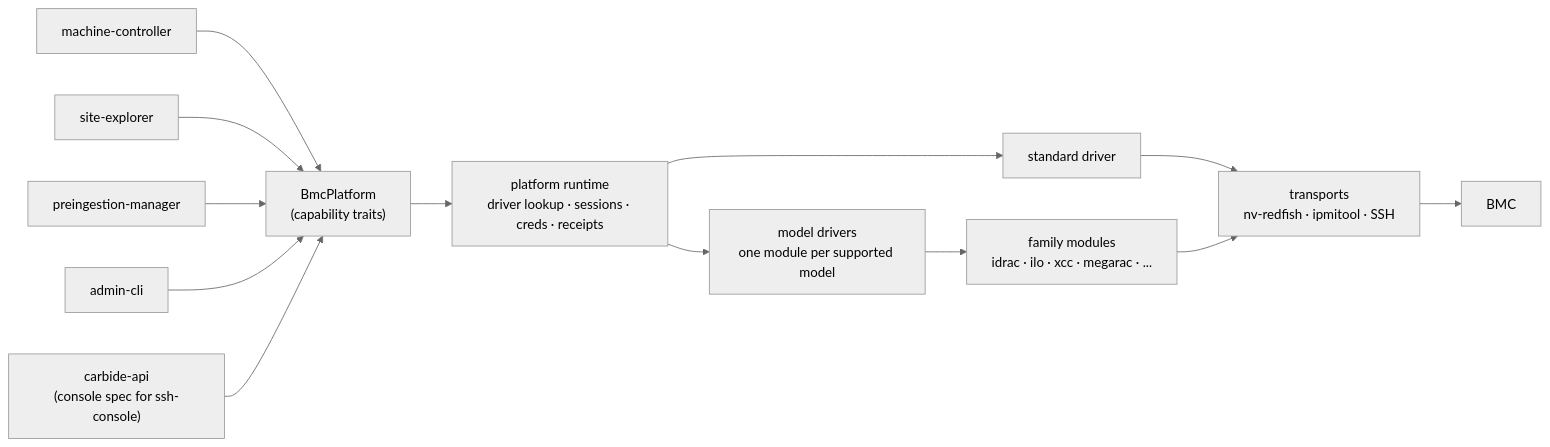
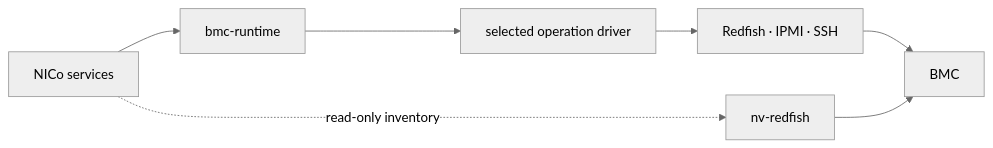
Before and after one commit to NVIDIA/bare-metal-manager-core: the first of 2 diagrams in docs/design/bmc-driver-platform.md, drawn with Mermaid (neutral theme). The commit also changed other lines of this file, not shown here.

````diff
--- a/docs/design/bmc-driver-platform.md
+++ b/docs/design/bmc-driver-platform.md
@@ -104,15 +23,9 @@
 ```mermaid
 flowchart LR
-    MC["machine-controller"] --> P["BmcPlatform<br/>(capability traits)"]
-    SE["site-explorer"] --> P
-    PI["preingestion-manager"] --> P
-    CLI["admin-cli"] --> P
-    API["carbide-api<br/>(console spec for ssh-console)"] --> P
-    P --> RT["platform runtime<br/>driver lookup · sessions · creds · receipts"]
-    RT --> STD["standard driver"]
-    RT --> MD["model drivers<br/>one module per supported model"]
-    MD --> FAM["family modules<br/>idrac · ilo · xcc · megarac · ..."]
-    STD --> TR["transports<br/>nv-redfish · ipmitool · SSH"]
-    FAM --> TR
-    TR --> BMC["BMC"]
+    S["NICo services"] --> R["bmc-runtime"]
+    R --> D["selected operation driver"]
+    D --> T["Redfish · IPMI · SSH"]
+    T --> B["BMC"]
+    S -. "read-only inventory" .-> N["nv-redfish"]
+    N --> B
 ```
````
